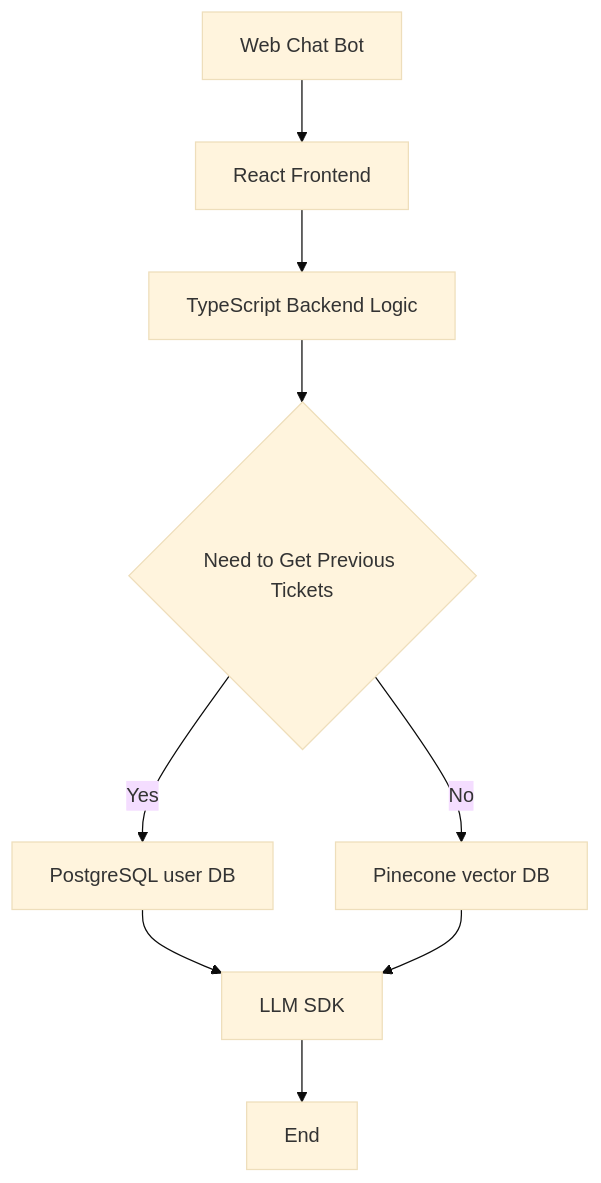
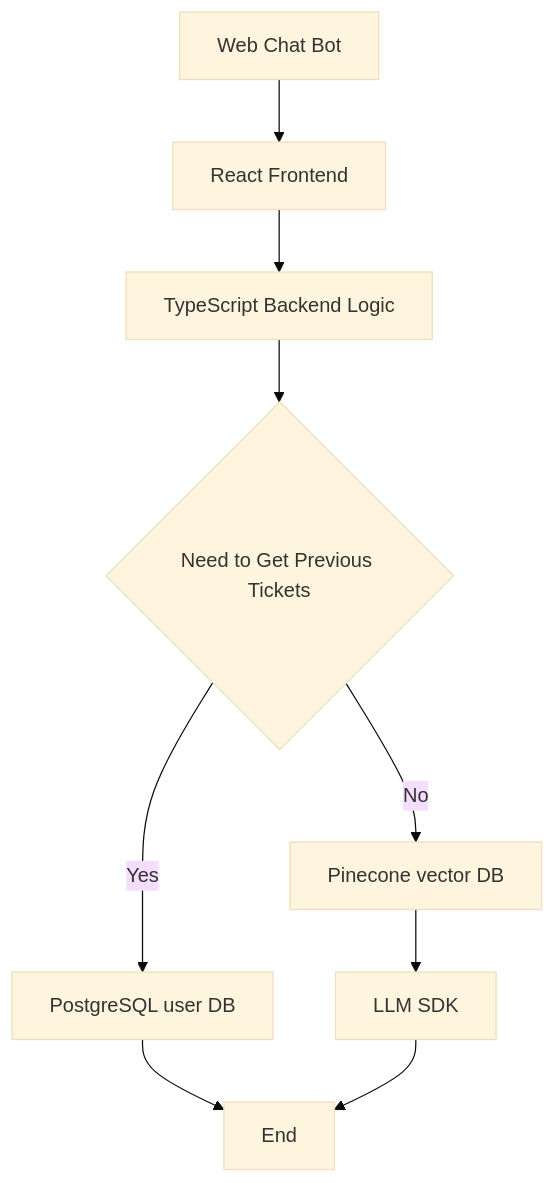
Before and after one commit to wenyuliuinfo/vibe-coding-learning-path: the first of 2 diagrams in 02-advanced/04-dev-fundamentals/AI_Agent_Azure_ASR_Migrate_Tech_Doc_v1.0.0.md, drawn with Mermaid (base theme). The commit also changed other lines of this file, not shown here.

````diff
--- a/02-advanced/04-dev-fundamentals/AI_Agent_Azure_ASR_Migrate_Tech_Doc_v1.0.0.md
+++ b/02-advanced/04-dev-fundamentals/AI_Agent_Azure_ASR_Migrate_Tech_Doc_v1.0.0.md
@@ -58,11 +58,11 @@
 ```mermaid
 graph TD
     A[Web Chat Bot] --> B[React Frontend]
     B --> C[TypeScript Backend Logic]
     C --> D{Need to Get Previous Tickets}
     D --> |Yes| E[PostgreSQL user DB]
     D --> |No| F[Pinecone vector DB]
-    E --> G[LLM SDK]
+    E --> H[End]
     F --> G[LLM SDK]
     G --> H[End]
 ```
````
